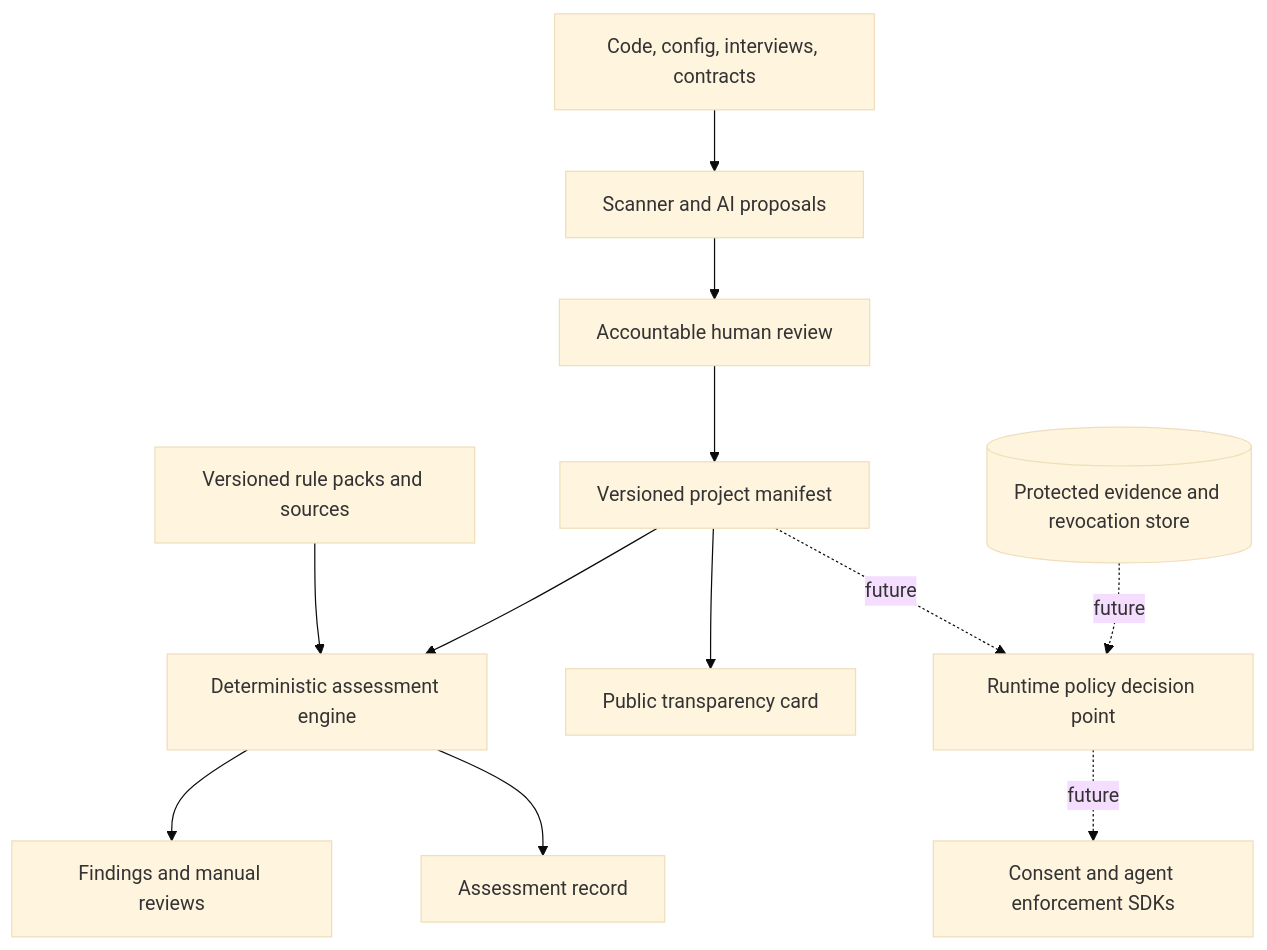
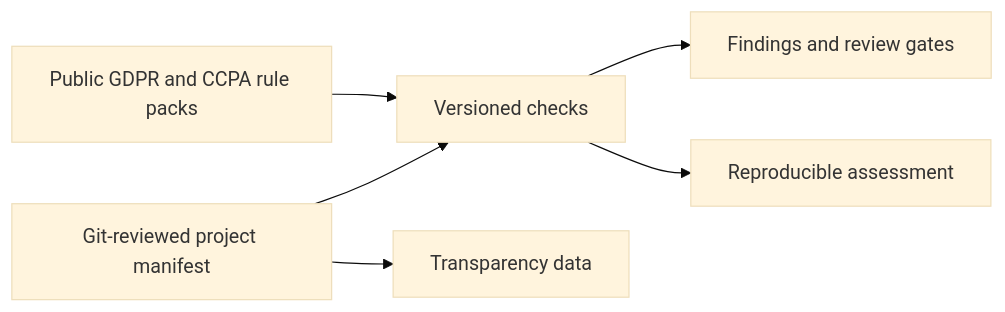
Before and after one commit to noir-hedgehog/openConsent: the second of 2 diagrams in docs/ARCHITECTURE.md, drawn with Mermaid (base theme). The commit also changed other lines of this file and 68 other files, not shown here.

````diff
--- a/docs/ARCHITECTURE.md
+++ b/docs/ARCHITECTURE.md
@@ -7,14 +82,8 @@
 ```mermaid
-flowchart TB
-  Sources[Code, config, interviews, contracts] --> Proposal[Scanner and AI proposals]
-  Proposal --> Review[Accountable human review]
-  Review --> Manifest[Versioned project manifest]
-  Packs[Versioned rule packs and sources] --> Engine[Deterministic assessment engine]
-  Manifest --> Engine
-  Engine --> Findings[Findings and manual reviews]
-  Engine --> Record[Assessment record]
-  Manifest --> Card[Public transparency card]
-  Manifest -. future .-> PDP[Runtime policy decision point]
-  PDP -. future .-> SDK[Consent and agent enforcement SDKs]
-  Ledger[(Protected evidence and revocation store)] -. future .-> PDP
+flowchart LR
+  Manifest[Git-reviewed project manifest] --> Engine[Versioned checks]
+  Packs[Public GDPR and CCPA rule packs] --> Engine
+  Engine --> Findings[Findings and review gates]
+  Engine --> Record[Reproducible assessment]
+  Manifest --> Card[Transparency data]
 ```
````
